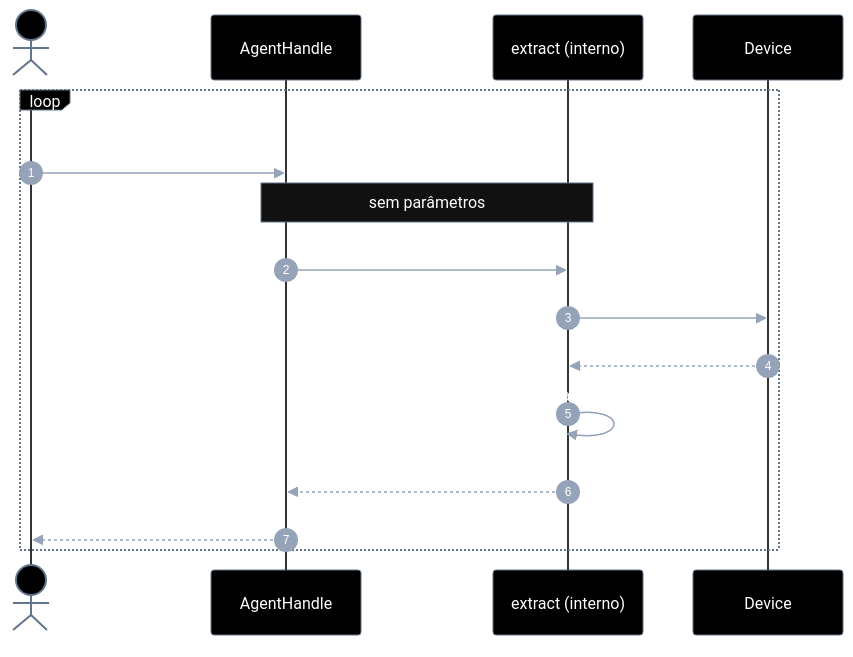
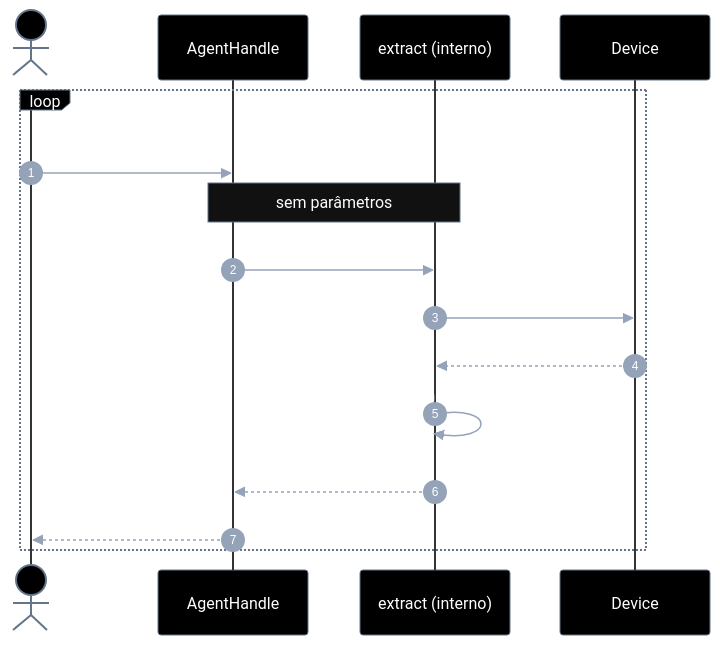
Before and after one commit to laerciogermano/workstation: the first of 2 diagrams in connectmax/screen-robot/implementation-plan/EP-05-extrair-elementos.md, drawn with Mermaid. The commit also changed other lines of this file and 2 other files, not shown here.

First line of the commit message:
Define o retorno de extract() no EP-05 como árvore DOM com elementos em nodes.

````diff
--- a/connectmax/screen-robot/implementation-plan/EP-05-extrair-elementos.md
+++ b/connectmax/screen-robot/implementation-plan/EP-05-extrair-elementos.md
@@ -65,59 +164,59 @@
 ```mermaid
 ---
 config:
   theme: base
   themeVariables:
     darkMode: true
     background: '#000000'
     primaryColor: '#000000'
     primaryTextColor: '#ffffff'
     primaryBorderColor: '#64748b'
     secondaryColor: '#000000'
     secondaryTextColor: '#ffffff'
     secondaryBorderColor: '#64748b'
     tertiaryColor: '#000000'
     tertiaryTextColor: '#ffffff'
     tertiaryBorderColor: '#64748b'
     lineColor: '#64748b'
     textColor: '#ffffff'
     mainBkg: '#000000'
     nodeBorder: '#64748b'
     clusterBkg: '#000000'
     clusterBorder: '#333333'
     titleColor: '#ffffff'
     edgeLabelBackground: '#000000'
     actorBkg: '#000000'
     actorBorder: '#64748b'
     actorTextColor: '#ffffff'
     actorLineColor: '#333333'
     signalColor: '#94a3b8'
     signalTextColor: '#ffffff'
     labelBoxBkgColor: '#000000'
     labelBoxBorderColor: '#64748b'
     labelTextColor: '#ffffff'
     noteBorderColor: '#64748b'
     noteBkgColor: '#111111'
     noteTextColor: '#ffffff'
     activationBorderColor: '#64748b'
     activationBkgColor: '#1a1a1a'
     sequenceNumberColor: '#ffffff'
     classText: '#ffffff'
 ---
 sequenceDiagram
   autonumber
   actor Dev as Caller
   participant H as AgentHandle
   participant X as extract (interno)
   participant D as Device
 
   loop uma chamada por estória / SC
     Dev->>H: extract()
     note over H,X: sem parâmetros
-    H->>X: nextStep(snapshot)
+    H->>X: nextStep(tree)
     X->>D: dump / frame
     D-->>X: xml
-    X->>X: incrementa campo no JSON
-    X-->>H: ExtractSnapshot (acumulado)
-    H-->>Dev: JSON com campos novos
+    X->>X: tipar / inserir nodes na árvore
+    X-->>H: UiNode (raiz DOM)
+    H-->>Dev: árvore enriquecida
   end
 ```
````
